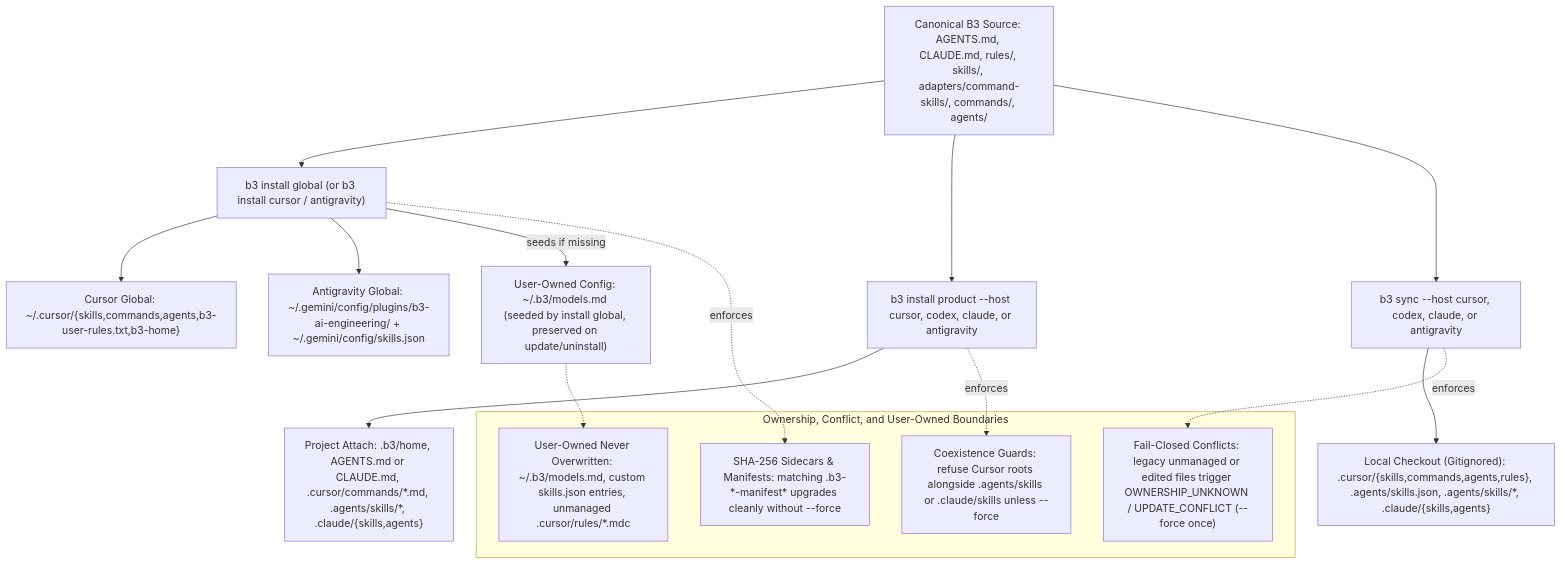
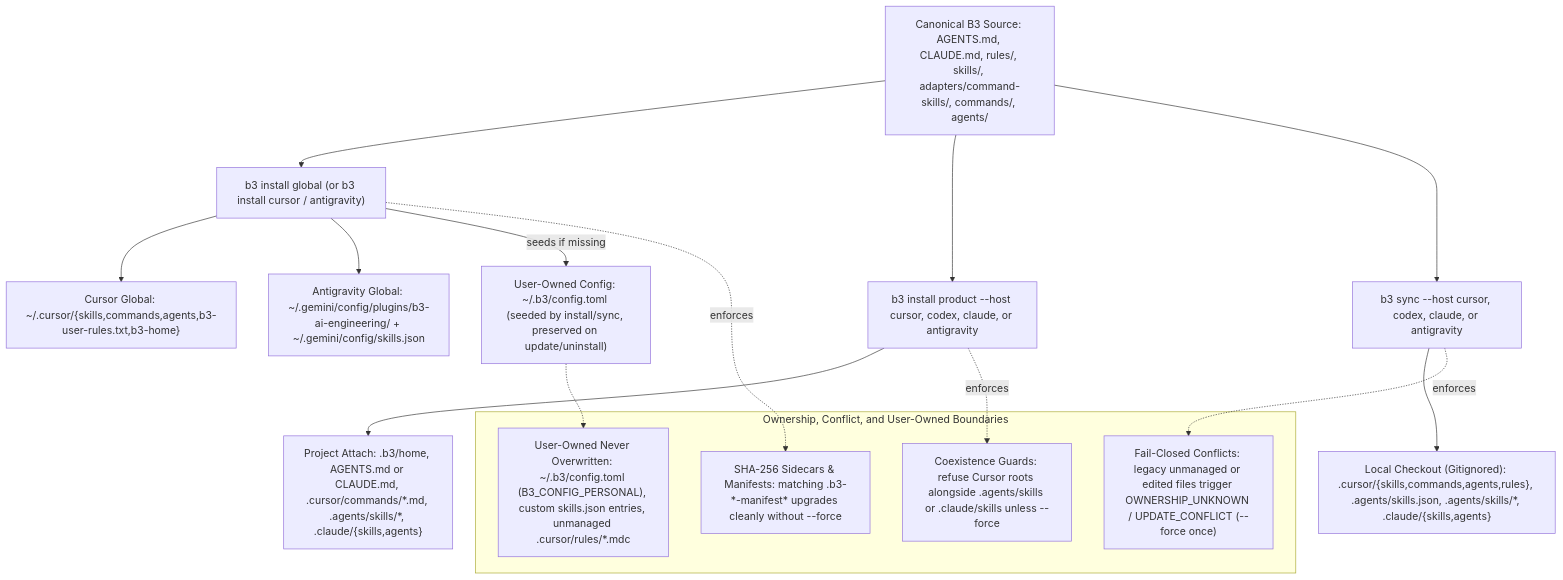
One commit to hptbee/b3_ai-engineering changed the diagram in adapters/README.md. Above: the diagram before and after it, drawn with Mermaid. The commit also changed other lines of this file and 63 other files, not shown here.

````diff
--- a/adapters/README.md
+++ b/adapters/README.md
@@ -13,38 +13,38 @@
 ```mermaid
 flowchart TD
     src["Canonical B3 Source: AGENTS.md, CLAUDE.md, rules/, skills/, adapters/command-skills/, commands/, agents/"]
 
     cmd_global["b3 install global (or b3 install cursor / antigravity)"]
     cmd_product["b3 install product --host cursor, codex, claude, or antigravity"]
     cmd_sync["b3 sync --host cursor, codex, claude, or antigravity"]
 
     src --> cmd_global
     src --> cmd_product
     src --> cmd_sync
 
     out_cursor_g["Cursor Global: ~/.cursor/{skills,commands,agents,b3-user-rules.txt,b3-home}"]
     out_anti_g["Antigravity Global: ~/.gemini/config/plugins/b3-ai-engineering/ + ~/.gemini/config/skills.json"]
-    out_models["User-Owned Config: ~/.b3/models.md (seeded by install global, preserved on update/uninstall)"]
+    out_models["User-Owned Config: ~/.b3/config.toml (seeded by install/sync, preserved on update/uninstall)"]
 
     cmd_global --> out_cursor_g
     cmd_global --> out_anti_g
     cmd_global -->|"seeds if missing"| out_models
 
     out_product["Project Attach: .b3/home, AGENTS.md or CLAUDE.md, .cursor/commands/*.md, .agents/skills/*, .claude/{skills,agents}"]
     out_sync["Local Checkout (Gitignored): .cursor/{skills,commands,agents,rules}, .agents/skills.json, .agents/skills/*, .claude/{skills,agents}"]
 
     cmd_product --> out_product
     cmd_sync --> out_sync
 
     subgraph BOUND["Ownership, Conflict, and User-Owned Boundaries"]
         b_sha["SHA-256 Sidecars & Manifests: matching .b3-*-manifest* upgrades cleanly without --force"]
         b_fail["Fail-Closed Conflicts: legacy unmanaged or edited files trigger OWNERSHIP_UNKNOWN / UPDATE_CONFLICT (--force once)"]
         b_coex["Coexistence Guards: refuse Cursor roots alongside .agents/skills or .claude/skills unless --force"]
-        b_user["User-Owned Never Overwritten: ~/.b3/models.md, custom skills.json entries, unmanaged .cursor/rules/*.mdc"]
+        b_user["User-Owned Never Overwritten: ~/.b3/config.toml (B3_CONFIG_PERSONAL), custom skills.json entries, unmanaged .cursor/rules/*.mdc"]
     end
 
     cmd_global -.->|"enforces"| b_sha
     cmd_product -.->|"enforces"| b_coex
     cmd_sync -.->|"enforces"| b_fail
     out_models -.-> b_user
 ```
````
